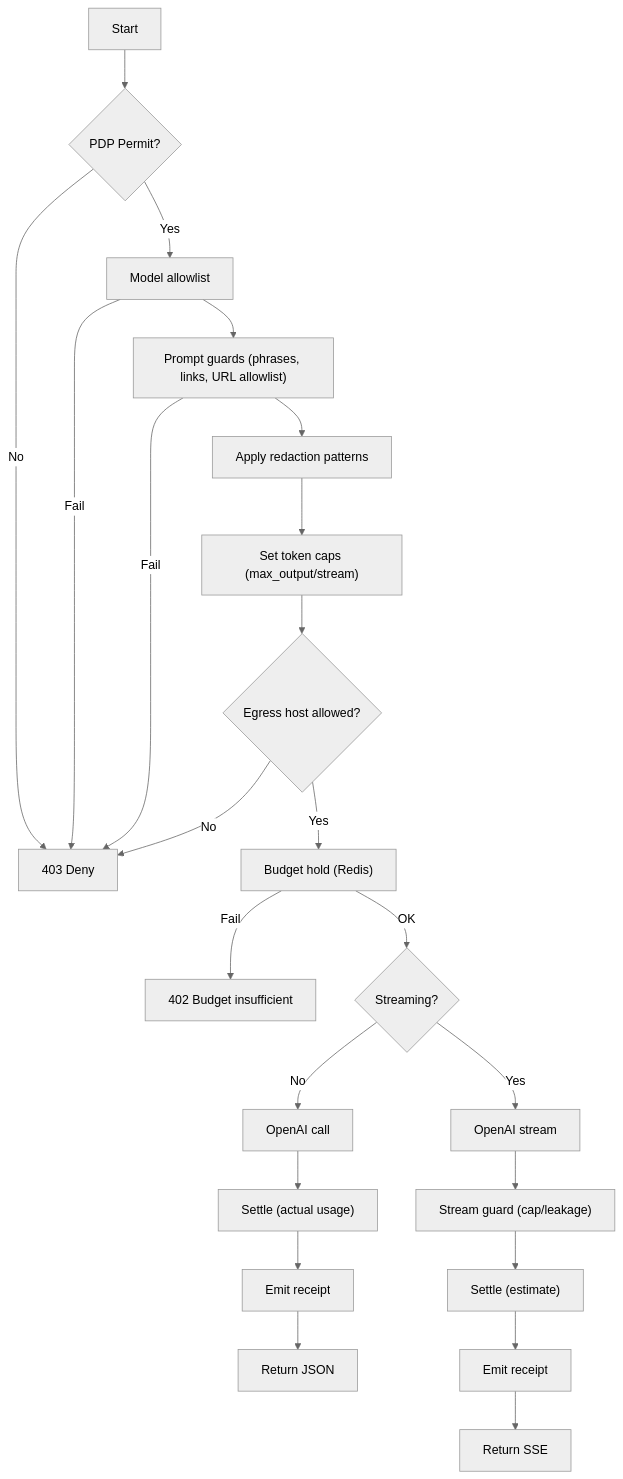
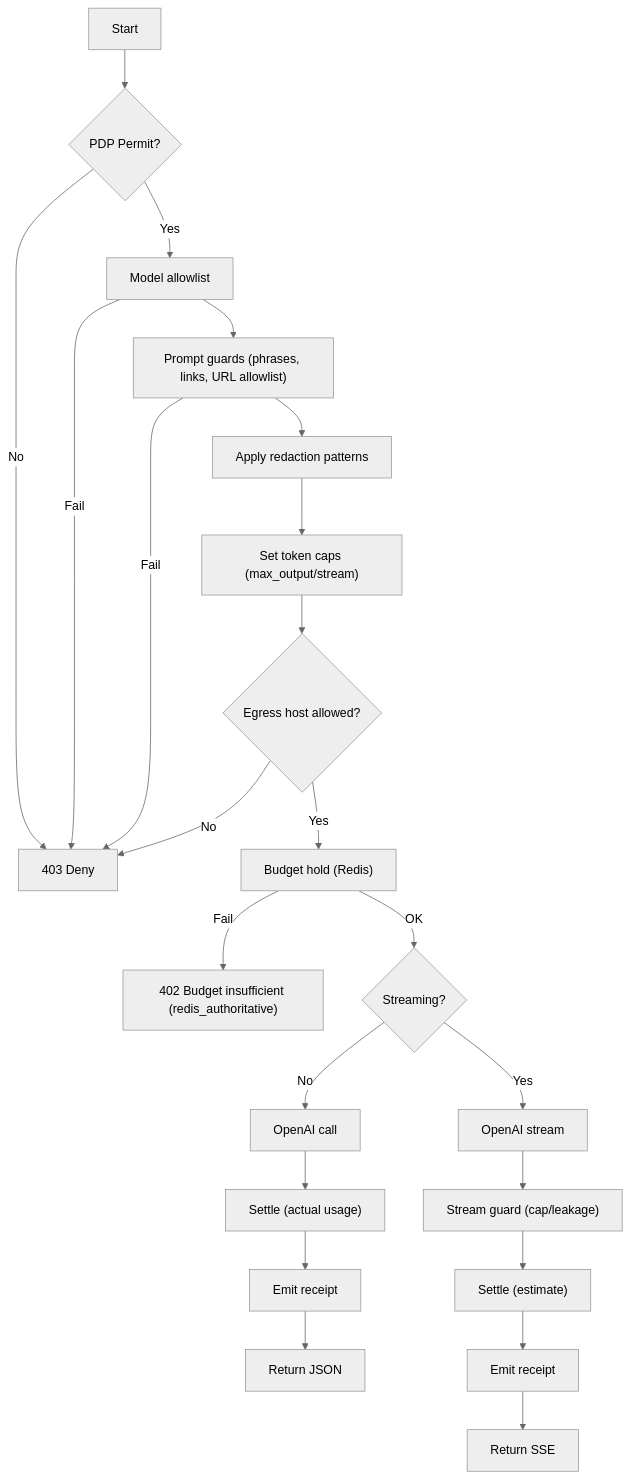
Before and after one commit to empowerID/empowernow_docs: the sixth of 6 diagrams in docs/services/bff/reference/BFF_PDP_Enforcement.md, drawn with Mermaid (neutral theme). The commit also changed 3 other files, not shown here.

````diff
--- a/docs/services/bff/reference/BFF_PDP_Enforcement.md
+++ b/docs/services/bff/reference/BFF_PDP_Enforcement.md
@@ -155,25 +155,25 @@
 ```mermaid
 flowchart TD
   A["Start"] --> B{"PDP Permit?"}
   B -- "No" --> Z["403 Deny"]
   B -- "Yes" --> C["Model allowlist"]
   C -- "Fail" --> Z
   C --> D["Prompt guards (phrases, links, URL allowlist)"]
   D -- "Fail" --> Z
   D --> E["Apply redaction patterns"]
   E --> F["Set token caps (max_output/stream)"]
   F --> G{"Egress host allowed?"}
   G -- "No" --> Z
   G -- "Yes" --> H["Budget hold (Redis)"]
-  H -- "Fail" --> Y["402 Budget insufficient"]
+  H -- "Fail" --> Y["402 Budget insufficient (redis_authoritative)"]
   H -- "OK" --> I{"Streaming?"}
   I -- "No" --> J["OpenAI call"]
   J --> K["Settle (actual usage)"]
   K --> L["Emit receipt"]
   L --> X["Return JSON"]
   I -- "Yes" --> S["OpenAI stream"]
   S --> T["Stream guard (cap/leakage)"]
   T --> U["Settle (estimate)"]
   U --> V["Emit receipt"]
   V --> W["Return SSE"]
 ```
````
